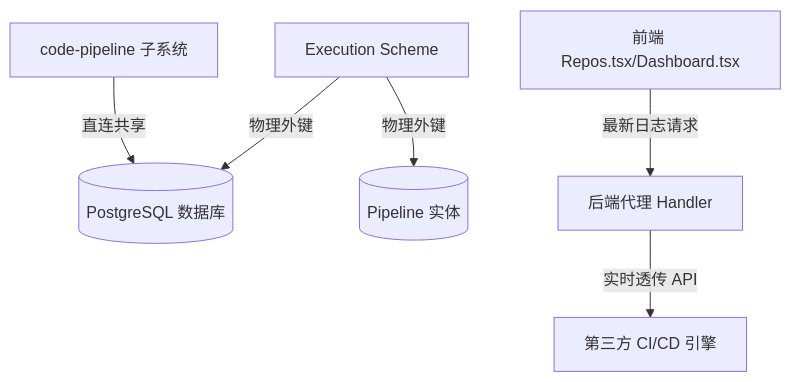
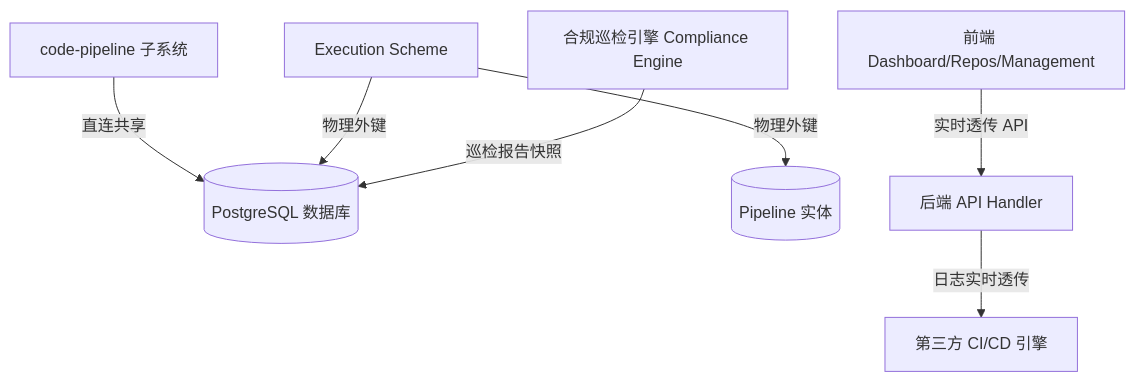
One commit to fugui/code-pipeline changed the diagram in README.md. Above: the diagram before and after it, drawn with Mermaid. The commit also changed other lines of this file, not shown here.

````diff
--- a/README.md
+++ b/README.md
@@ -19,8 +20,9 @@
 ```mermaid
 graph TD
     CP[code-pipeline 子系统] -- "直连共享" --> PG[(PostgreSQL 数据库)]
     ES[Execution Scheme] -->|物理外键| PG
     ES -->|物理外键| PL[(Pipeline 实体)]
-    CP_Web[前端 Repos.tsx/Dashboard.tsx] -- "最新日志请求" --> CP_API[后端代理 Handler]
-    CP_API -- "实时透传 API" --> Remote_CI[第三方 CI/CD 引擎]
+    CP_Engine[合规巡检引擎 Compliance Engine] -->|巡检报告快照| PG
+    CP_Web[前端 Dashboard/Repos/Management] -- "实时透传 API" --> CP_API[后端 API Handler]
+    CP_API -- "日志实时透传" --> Remote_CI[第三方 CI/CD 引擎]
 ```
````
